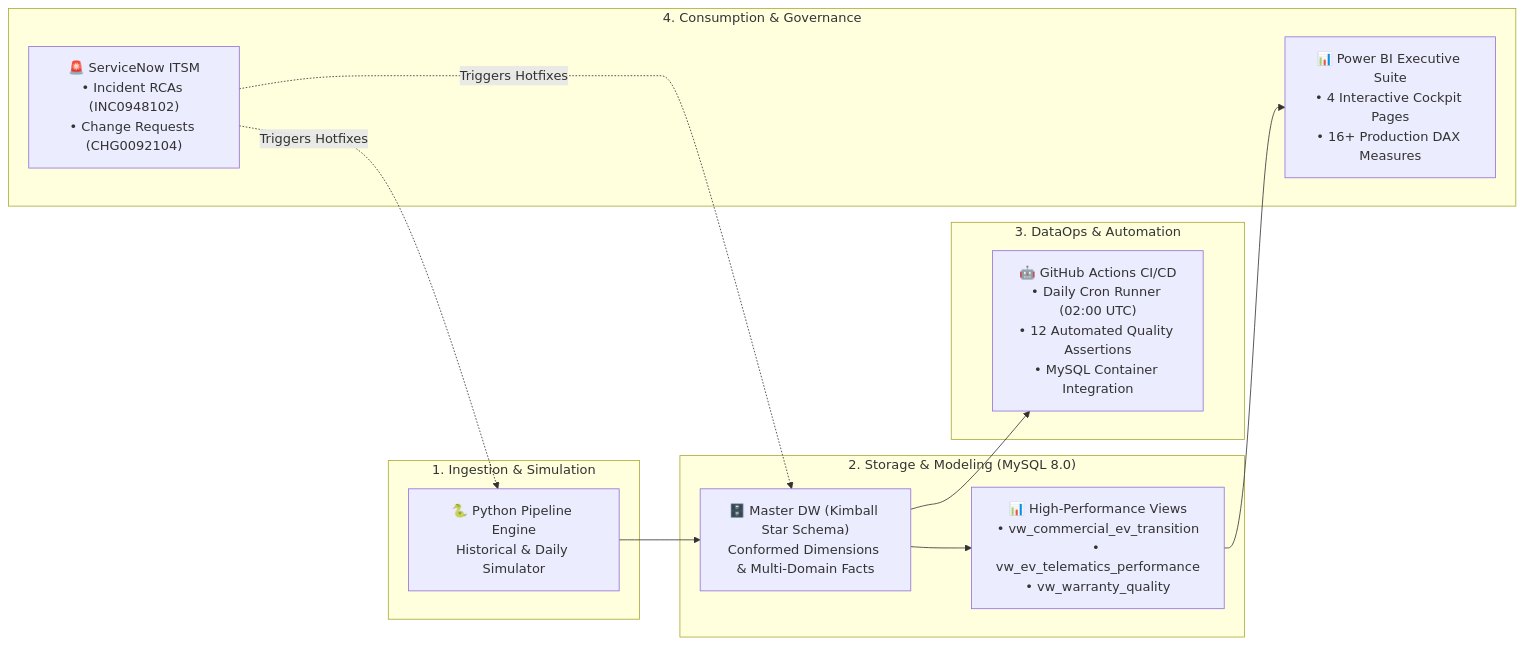
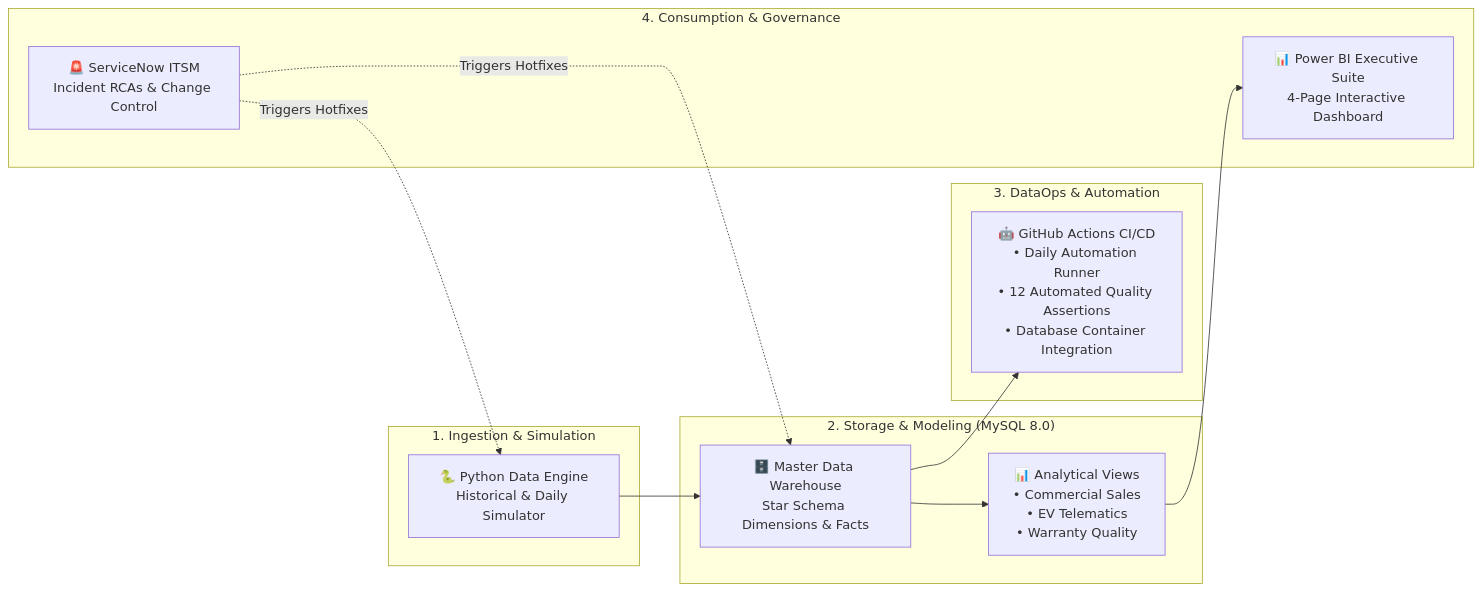
One commit to TejalGB/automotive-operations-intelligence changed the diagram in README.md. Above: the diagram before and after it, drawn with Mermaid. The commit also changed other lines of this file, not shown here.

````diff
--- a/README.md
+++ b/README.md
@@ -34,24 +34,24 @@
 ```mermaid
 flowchart LR
     subgraph "1. Ingestion & Simulation"
-        A["🐍 Python Pipeline Engine<br/>Historical & Daily Simulator"]
+        A["🐍 Python Data Engine<br/>Historical & Daily Simulator"]
     end
 
     subgraph "2. Storage & Modeling (MySQL 8.0)"
-        B["🗄️ Master DW (Kimball Star Schema)<br/>Conformed Dimensions & Multi-Domain Facts"]
-        C["📊 High-Performance Views<br/>• vw_commercial_ev_transition<br/>• vw_ev_telematics_performance<br/>• vw_warranty_quality"]
+        B["🗄️ Master Data Warehouse<br/>Star Schema Dimensions & Facts"]
+        C["📊 Analytical Views<br/>• Commercial Sales<br/>• EV Telematics<br/>• Warranty Quality"]
     end
 
     subgraph "3. DataOps & Automation"
-        D["🤖 GitHub Actions CI/CD<br/>• Daily Cron Runner (02:00 UTC)<br/>• 12 Automated Quality Assertions<br/>• MySQL Container Integration"]
+        D["🤖 GitHub Actions CI/CD<br/>• Daily Automation Runner<br/>• 12 Automated Quality Assertions<br/>• Database Container Integration"]
     end
 
     subgraph "4. Consumption & Governance"
-        E["📊 Power BI Executive Suite<br/>• 4 Interactive Cockpit Pages<br/>• 16+ Production DAX Measures"]
-        F["🚨 ServiceNow ITSM<br/>• Incident RCAs (INC0948102)<br/>• Change Requests (CHG0092104)"]
+        E["📊 Power BI Executive Suite<br/>4-Page Interactive Dashboard"]
+        F["🚨 ServiceNow ITSM<br/>Incident RCAs & Change Control"]
     end
 
     A --> B --> C --> E
     B --> D
     F -.->|Triggers Hotfixes| A & B
 ```
````
